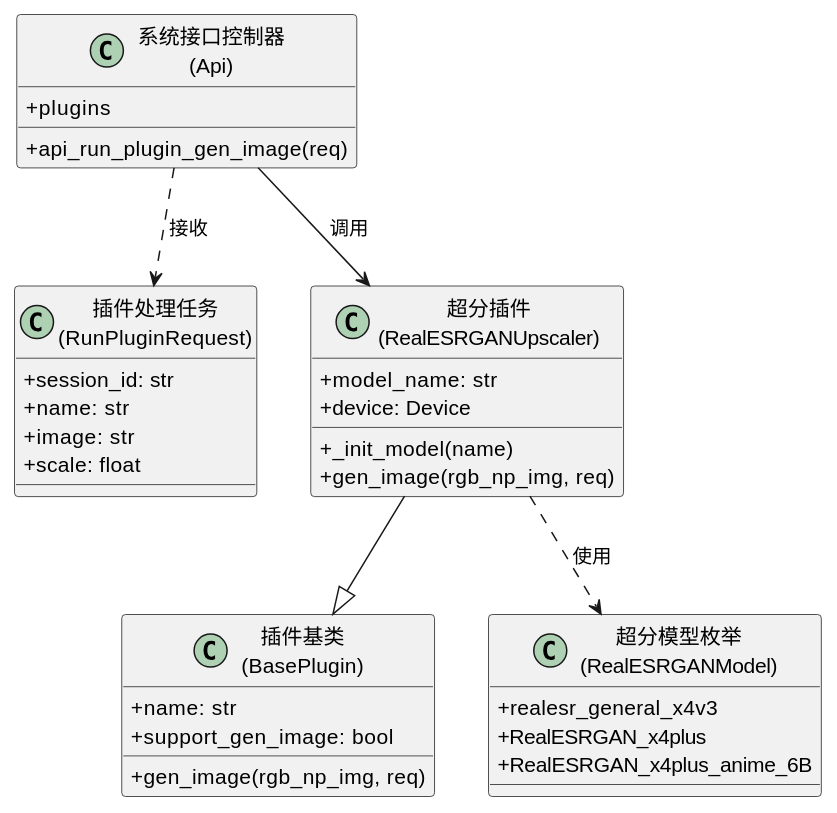
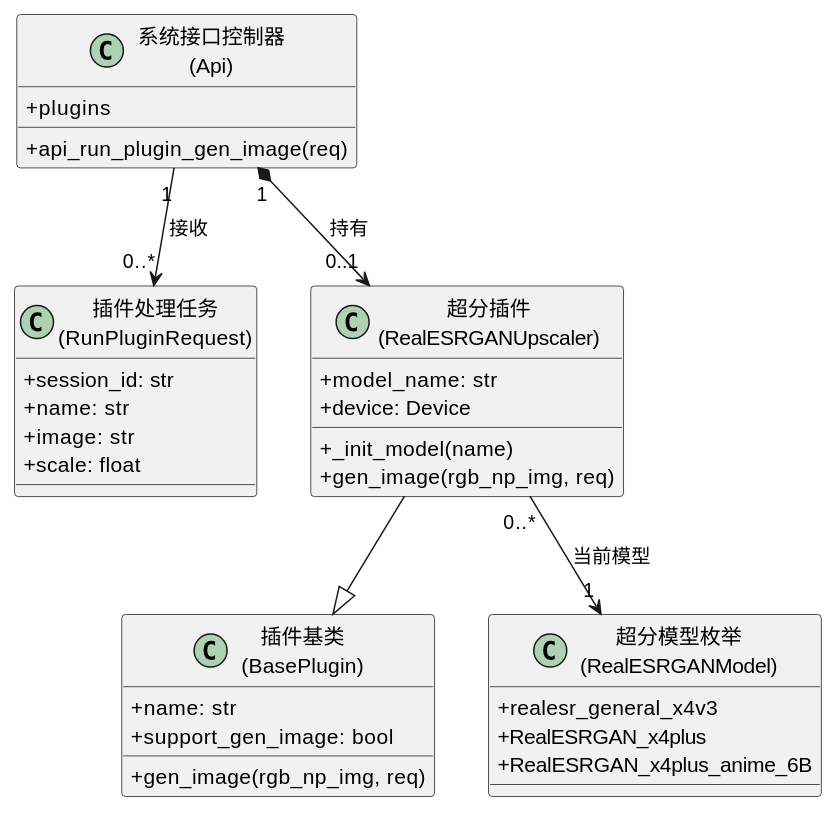
One commit to LyferLu/Artie changed diagram 14 of 26 in doc/paper.md. Above: the diagram before and after it, drawn with PlantUML. The commit also changed other lines of this file, not shown here.

````diff
--- a/doc/paper.md
+++ b/doc/paper.md
@@ -1177,41 +1177,41 @@
 ```plantuml
 @startuml
 skinparam classAttributeIconSize 0
 
 class "系统接口控制器\n(Api)" as Api {
   +plugins
   +api_run_plugin_gen_image(req)
 }
 
 class "插件处理任务\n(RunPluginRequest)" as RunPluginRequest {
   +session_id: str
   +name: str
   +image: str
   +scale: float
 }
 
 class "插件基类\n(BasePlugin)" as BasePlugin {
   +name: str
   +support_gen_image: bool
   +gen_image(rgb_np_img, req)
 }
 
 class "超分插件\n(RealESRGANUpscaler)" as RealESRGANUpscaler {
   +model_name: str
   +device: Device
   +_init_model(name)
   +gen_image(rgb_np_img, req)
 }
 
 class "超分模型枚举\n(RealESRGANModel)" as RealESRGANModel {
   +realesr_general_x4v3
   +RealESRGAN_x4plus
   +RealESRGAN_x4plus_anime_6B
 }
 
-Api ..> RunPluginRequest : 接收
-Api --> RealESRGANUpscaler : 调用
+Api "1" --> "0..*" RunPluginRequest : 接收
+Api "1" *--> "0..1" RealESRGANUpscaler : 持有
 RealESRGANUpscaler --|> BasePlugin
-RealESRGANUpscaler ..> RealESRGANModel : 使用
+RealESRGANUpscaler "0..*" --> "1" RealESRGANModel : 当前模型
 @enduml
 ```
````
